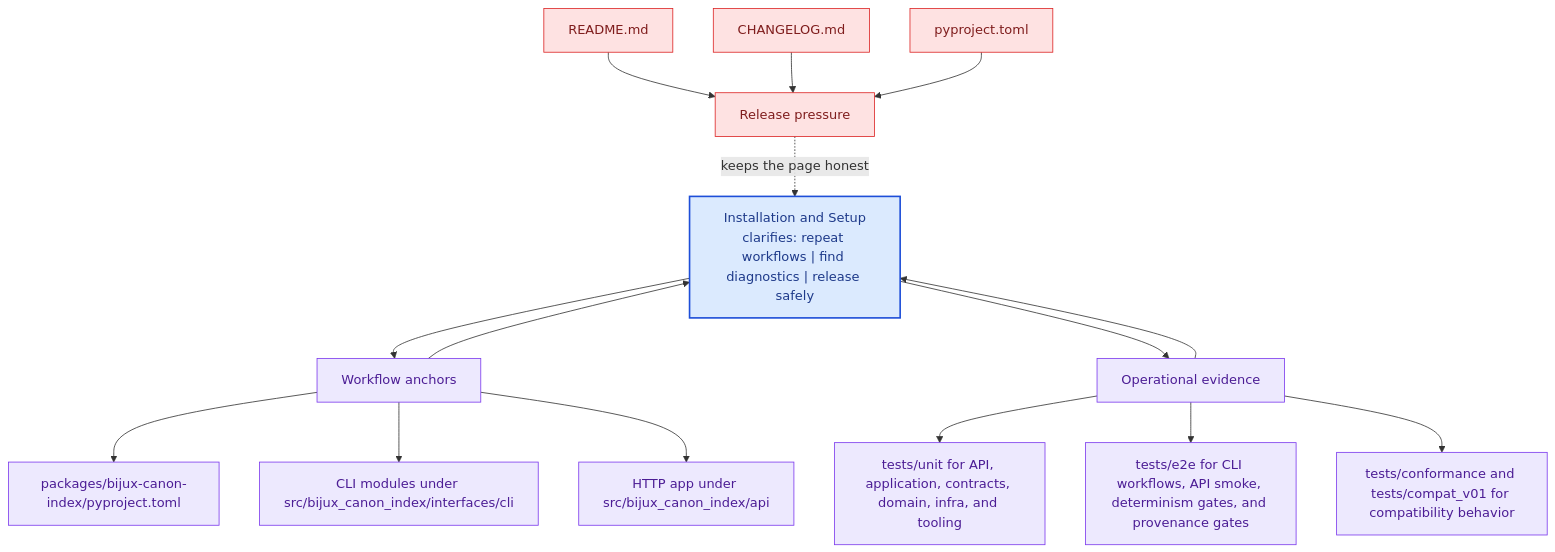
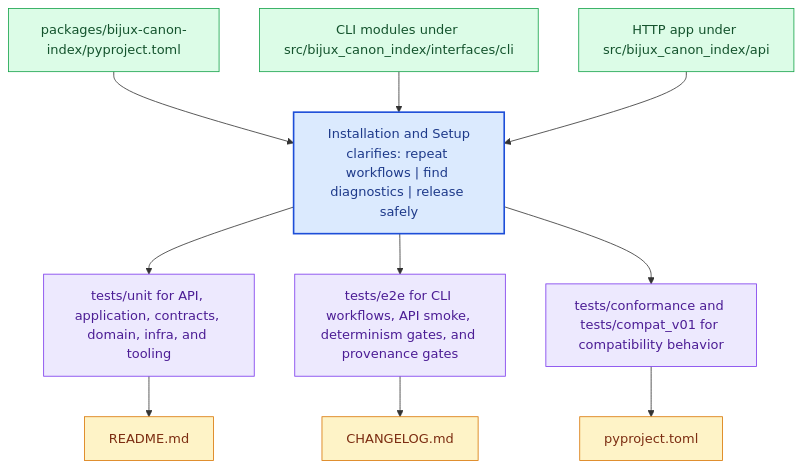
The diagram in docs/bijux-canon-index/operations/installation-and-setup.md (bijux/bijux-canon), drawn with Mermaid before and after one commit. The commit also changed other lines of this file and 281 other files, not shown here.

Commit message:
docs(diagrams): replace repeated mermaid scaffolds with page-specific summaries

````diff
--- a/docs/bijux-canon-index/operations/installation-and-setup.md
+++ b/docs/bijux-canon-index/operations/installation-and-setup.md
@@ -68,41 +23,31 @@
 ```mermaid
 flowchart TB
-    promise["Installation and Setup<br/>clarifies: repeat workflows | find diagnostics | release safely"]
-    classDef promise fill:#dbeafe,stroke:#1d4ed8,color:#1e3a8a,stroke-width:2px;
-    classDef driver fill:#dcfce7,stroke:#16a34a,color:#14532d;
-    classDef constraint fill:#fee2e2,stroke:#dc2626,color:#7f1d1d;
-    classDef ground fill:#ede9fe,stroke:#7c3aed,color:#4c1d95;
-    focus1["Workflow anchors"]
-    focus1 --> promise
-    promise --> focus1
-    focus1_1["packages/bijux-canon-index/pyproject.toml"]
-    focus1 --> focus1_1
-    focus1_2["CLI modules under src/bijux_canon_index/interfaces/cli"]
-    focus1 --> focus1_2
-    focus1_3["HTTP app under src/bijux_canon_index/api"]
-    focus1 --> focus1_3
-    class focus1 ground;
-    class focus1_1,focus1_2,focus1_3 ground;
-    focus2["Operational evidence"]
-    focus2 --> promise
-    promise --> focus2
-    focus2_1["tests/unit for API, application, contracts, domain, infra, and tooling"]
-    focus2 --> focus2_1
-    focus2_2["tests/e2e for CLI workflows, API smoke, determinism gates, and provenance gates"]
-    focus2 --> focus2_2
-    focus2_3["tests/conformance and tests/compat_v01 for compatibility behavior"]
-    focus2 --> focus2_3
-    class focus2 ground;
-    class focus2_1,focus2_2,focus2_3 ground;
-    focus3["Release pressure"]
-    focus3 -.keeps the page honest.-> promise
-    focus3_1["README.md"]
-    focus3_1 --> focus3
-    focus3_2["CHANGELOG.md"]
-    focus3_2 --> focus3
-    focus3_3["pyproject.toml"]
-    focus3_3 --> focus3
-    class focus3 constraint;
-    class focus3_1,focus3_2,focus3_3 constraint;
-    class promise promise;
+    page["Installation and Setup<br/>clarifies: repeat workflows | find diagnostics | release safely"]
+    classDef page fill:#dbeafe,stroke:#1d4ed8,color:#1e3a8a,stroke-width:2px;
+    classDef positive fill:#dcfce7,stroke:#16a34a,color:#14532d;
+    classDef caution fill:#fee2e2,stroke:#dc2626,color:#7f1d1d;
+    classDef anchor fill:#ede9fe,stroke:#7c3aed,color:#4c1d95;
+    classDef action fill:#fef3c7,stroke:#d97706,color:#7c2d12;
+    step1["packages/bijux-canon-index/pyproject.toml"]
+    step1 --> page
+    step2["CLI modules under src/bijux_canon_index/interfaces/cli"]
+    step2 --> page
+    step3["HTTP app under src/bijux_canon_index/api"]
+    step3 --> page
+    run1["tests/unit for API, application, contracts, domain, infra, and tooling"]
+    page --> run1
+    run2["tests/e2e for CLI workflows, API smoke, determinism gates, and provenance gates"]
+    page --> run2
+    run3["tests/conformance and tests/compat_v01 for compatibility behavior"]
+    page --> run3
+    release1["README.md"]
+    run1 --> release1
+    release2["CHANGELOG.md"]
+    run2 --> release2
+    release3["pyproject.toml"]
+    run3 --> release3
+    class page page;
+    class step1,step2,step3 positive;
+    class run1,run2,run3 anchor;
+    class release1,release2,release3 action;
 ```
````
